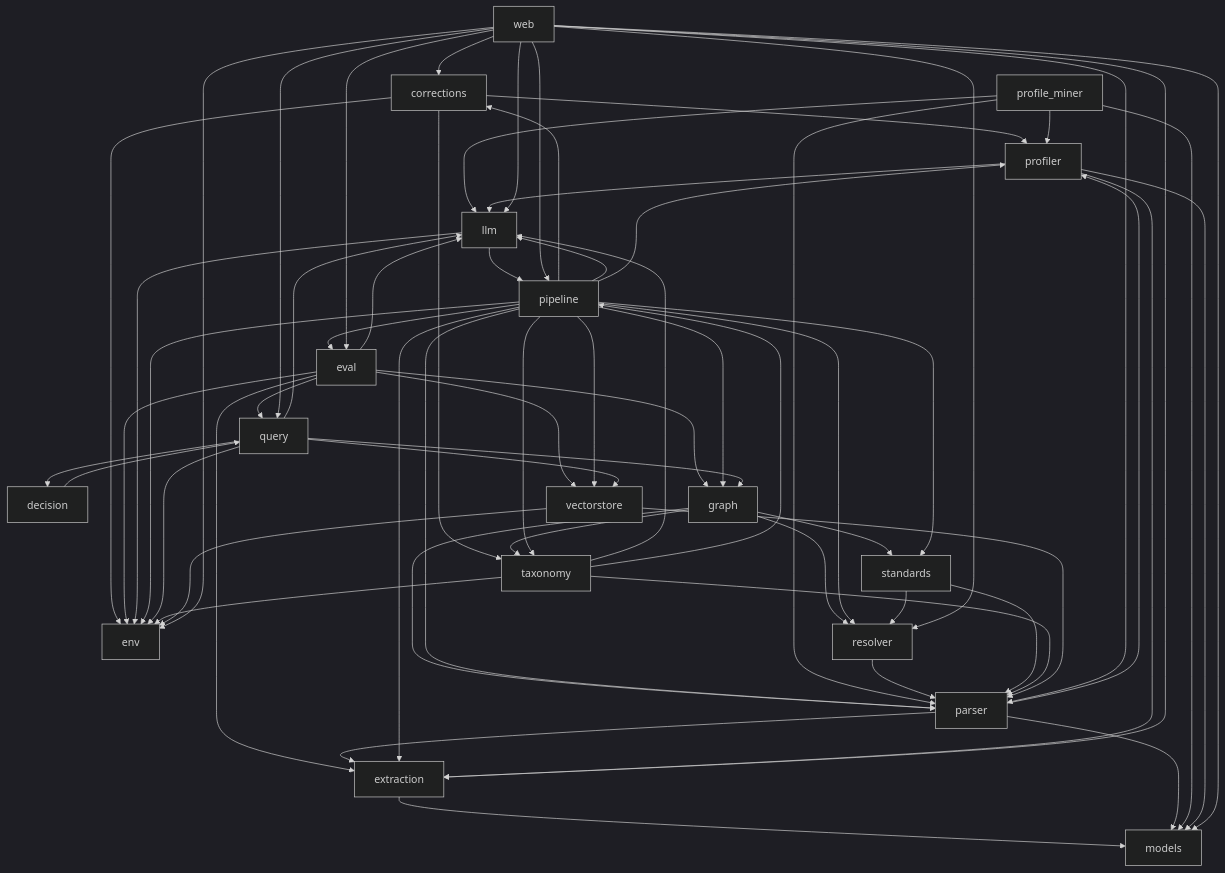
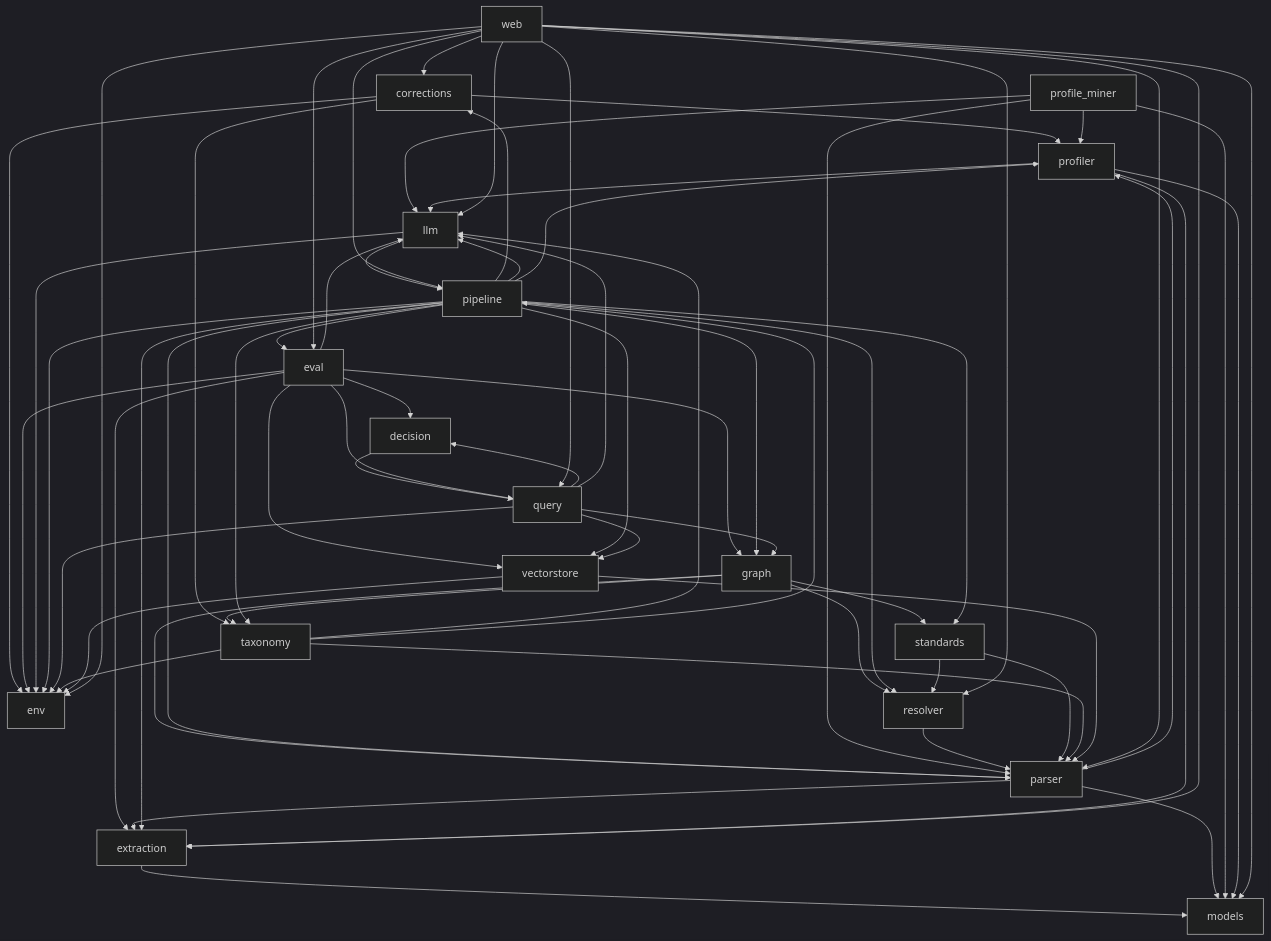
One commit to kurnoolion/nora changed the diagram in docs/compact/MAP.md. Above: the diagram before and after it, drawn with Mermaid (dark theme). The commit also changed 3 other files, not shown here.

```diff
--- a/docs/compact/MAP.md
+++ b/docs/compact/MAP.md
@@ -51,6 +51,7 @@
     m_corrections --> m_profiler
     m_corrections --> m_taxonomy
     m_decision --> m_query
+    m_eval --> m_decision
     m_eval --> m_env
     m_eval --> m_extraction
     m_eval --> m_graph
```
